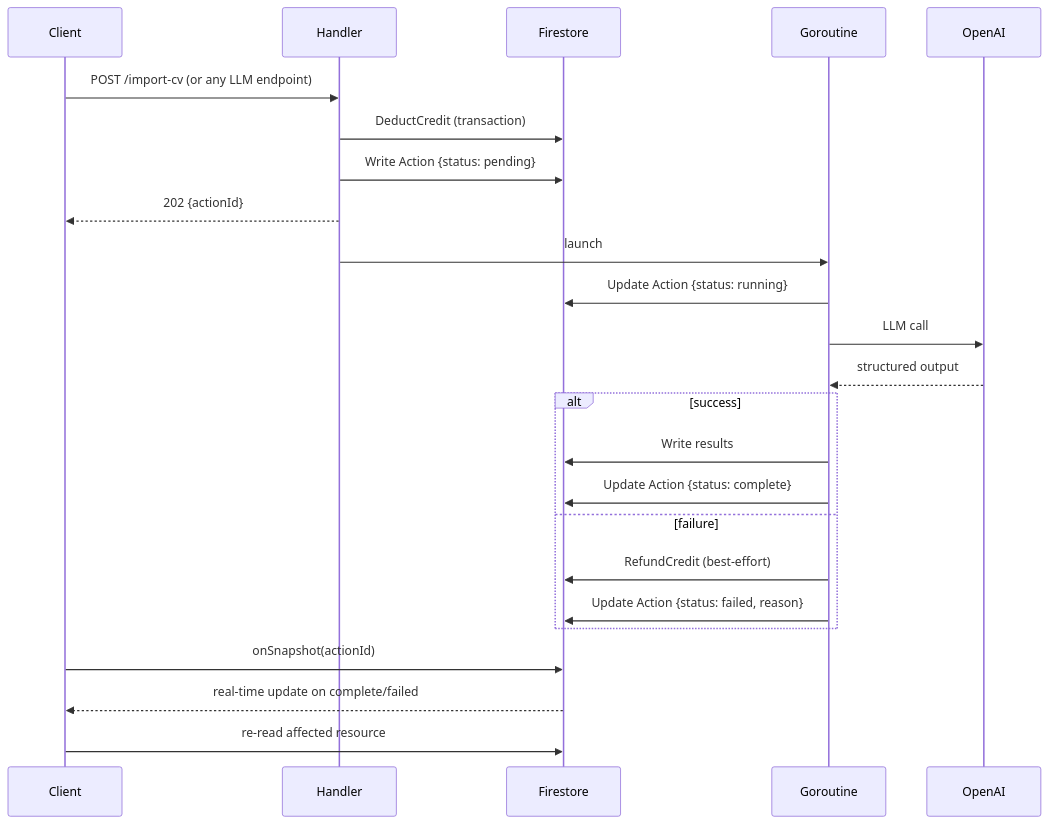
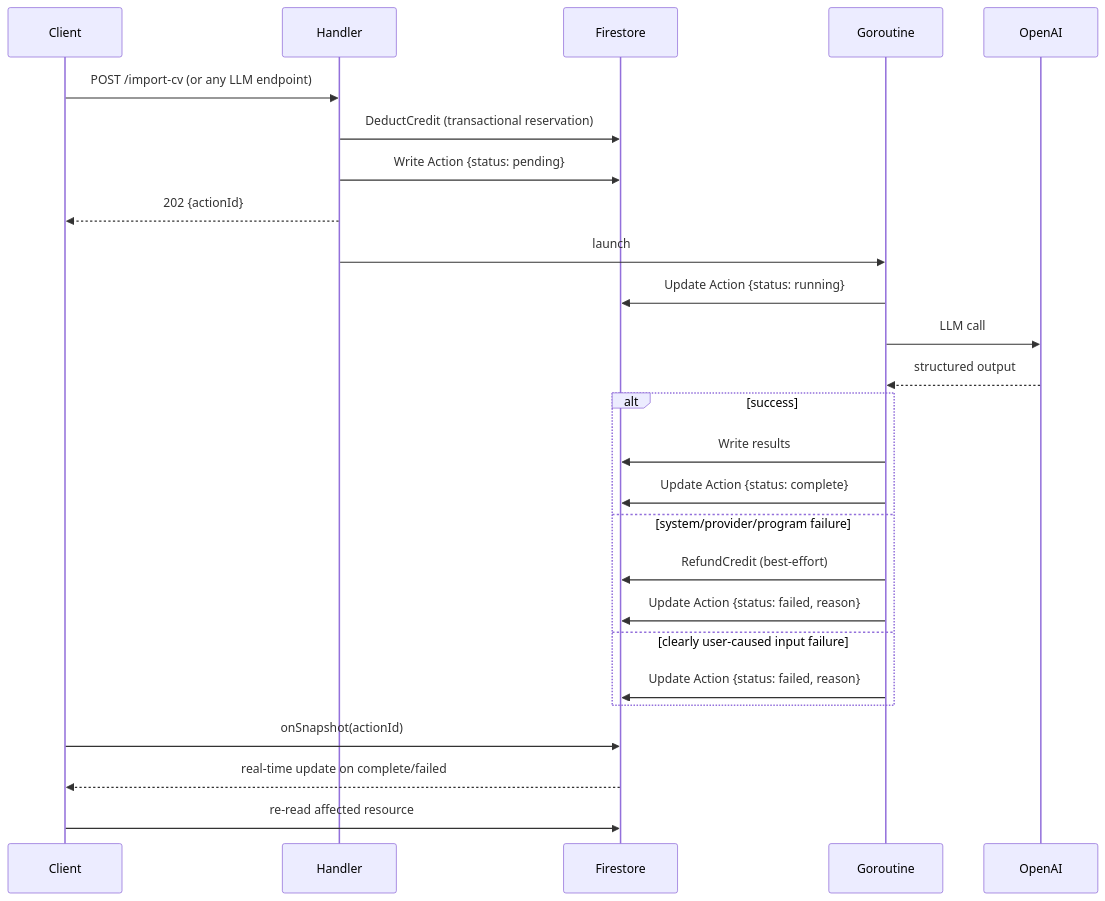
One commit to mnohe/cvai changed the fourth of 6 diagrams in docs/ARCHITECTURE.md. Above: the diagram before and after it, drawn with Mermaid. The commit also changed other lines of this file and 30 other files, not shown here.

````diff
--- a/docs/ARCHITECTURE.md
+++ b/docs/ARCHITECTURE.md
@@ -155,31 +163,33 @@
 ```mermaid
 sequenceDiagram
     participant Client
     participant Handler
     participant Firestore
     participant Goroutine
     participant OpenAI
 
     Client->>Handler: POST /import-cv (or any LLM endpoint)
-    Handler->>Firestore: DeductCredit (transaction)
+    Handler->>Firestore: DeductCredit (transactional reservation)
     Handler->>Firestore: Write Action {status: pending}
     Handler-->>Client: 202 {actionId}
 
     Handler->>Goroutine: launch
 
     Goroutine->>Firestore: Update Action {status: running}
     Goroutine->>OpenAI: LLM call
     OpenAI-->>Goroutine: structured output
 
     alt success
         Goroutine->>Firestore: Write results
         Goroutine->>Firestore: Update Action {status: complete}
-    else failure
+    else system/provider/program failure
         Goroutine->>Firestore: RefundCredit (best-effort)
+        Goroutine->>Firestore: Update Action {status: failed, reason}
+    else clearly user-caused input failure
         Goroutine->>Firestore: Update Action {status: failed, reason}
     end
 
     Client->>Firestore: onSnapshot(actionId)
     Firestore-->>Client: real-time update on complete/failed
     Client->>Firestore: re-read affected resource
 ```
````
